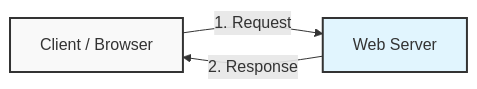
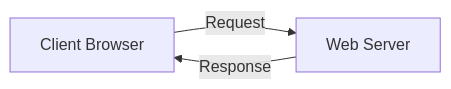
Before and after one commit to SMTEmon/2-1: the first of 5 diagrams in Final/4301 OOC2/Detailed/1.1 Web Services.md, drawn with Mermaid. The commit also changed other lines of this file and 3 other files, not shown here.

````diff
--- a/Final/4301 OOC2/Detailed/1.1 Web Services.md
+++ b/Final/4301 OOC2/Detailed/1.1 Web Services.md
@@ -32,8 +32,5 @@
 ```mermaid
 graph LR
-    A[Client / Browser] -- 1. Request --> B[Web Server]
-    B -- 2. Response --> A
-    
-    style A fill:#f9f9f9,stroke:#333,stroke-width:2px
-    style B fill:#e1f5fe,stroke:#333,stroke-width:2px
+    A[Client Browser] -->|"Request"| B[Web Server]
+    B -->|"Response"| A
 ```
````
